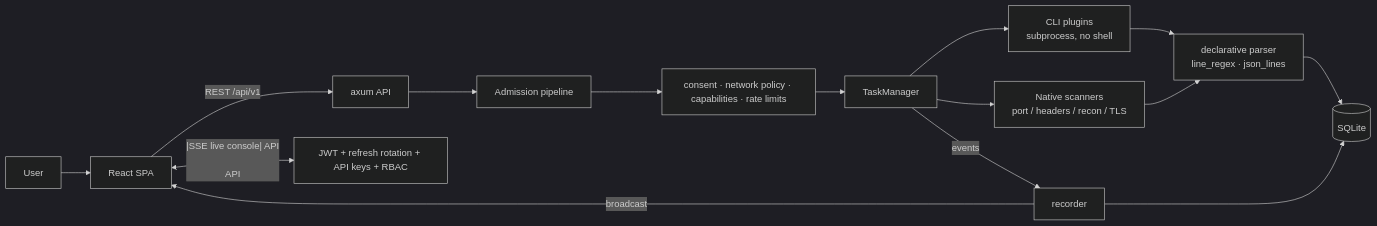
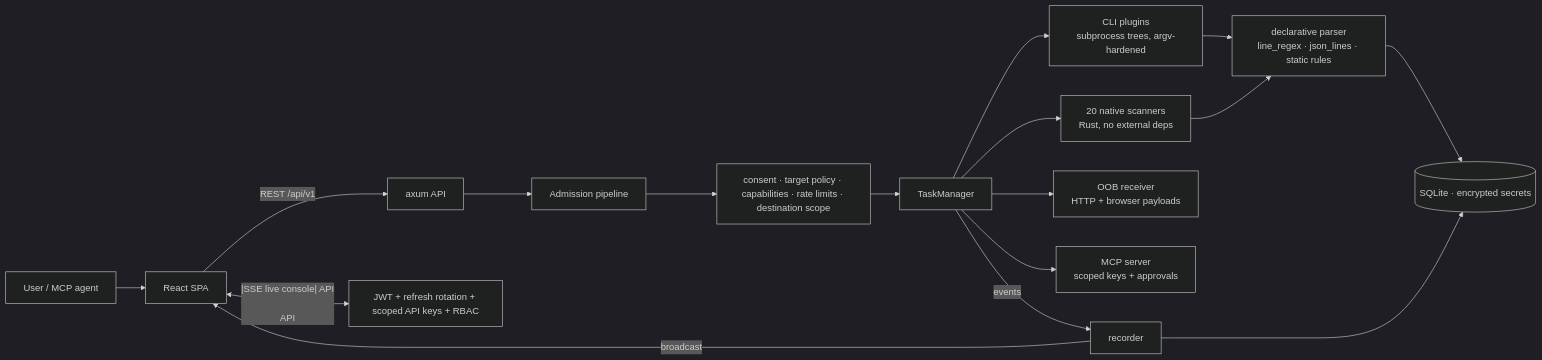
One commit to utksh1/SecuScan-v2 changed the diagram in README.md. Above: the diagram before and after it, drawn with Mermaid (dark theme). The commit also changed other lines of this file and 8 other files, not shown here.

First line of the commit message:
docs: README v4.8 rewrite, six-crate architecture, API contract reconciliation (4.8.1)

````diff
--- a/README.md
+++ b/README.md
@@ -43,21 +43,24 @@
 ```mermaid
 flowchart LR
-    U[User] --> UI[React SPA]
+    U[User / MCP agent] --> UI[React SPA]
     UI -->|REST /api/v1| API[axum API]
     UI <--|SSE live console| API
 
-    API --> AUTH[JWT + refresh rotation + API keys + RBAC]
+    API --> AUTH[JWT + refresh rotation + scoped API keys + RBAC]
     API --> ADM[Admission pipeline]
-    ADM --> GUARD[consent · network policy · capabilities · rate limits]
+    ADM --> GUARD[consent · target policy · capabilities · rate limits · destination scope]
 
     GUARD --> MGR[TaskManager]
-    MGR --> CLI[CLI plugins<br/>subprocess, no shell]
-    MGR --> NAT[Native scanners<br/>port / headers / recon / TLS]
+    MGR --> CLI[CLI plugins<br/>subprocess trees, argv-hardened]
+    MGR --> NAT[20 native scanners<br/>Rust, no external deps]
 
-    CLI --> PARSER[declarative parser<br/>line_regex · json_lines]
+    MGR --> OOB[OOB receiver<br/>HTTP + browser payloads]
+    MGR --> MCP[MCP server<br/>scoped keys + approvals]
+
+    CLI --> PARSER[declarative parser<br/>line_regex · json_lines · static rules]
     NAT --> PARSER
-    PARSER --> DB[(SQLite)]
+    PARSER --> DB[(SQLite · encrypted secrets)]
 
     MGR -->|events| REC[recorder] --> DB
     REC -->|broadcast| UI
 ```
````
